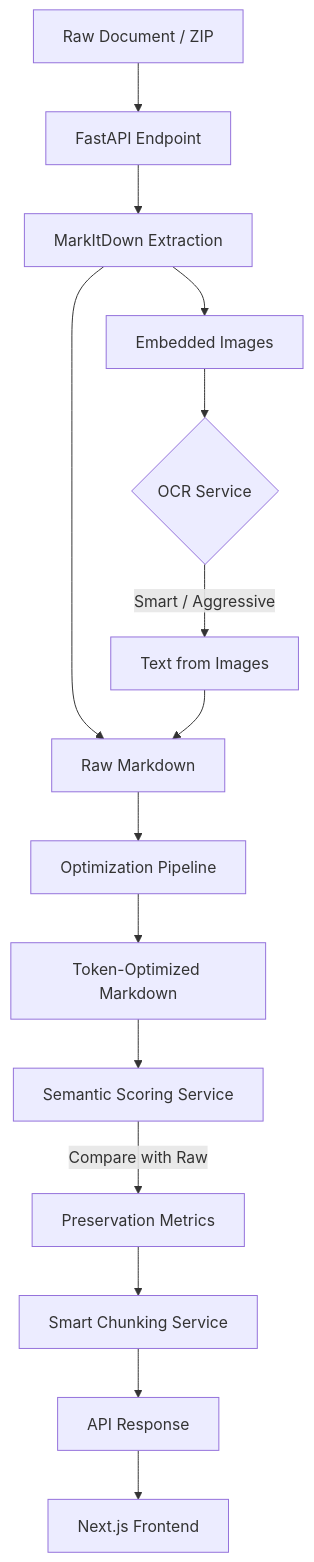
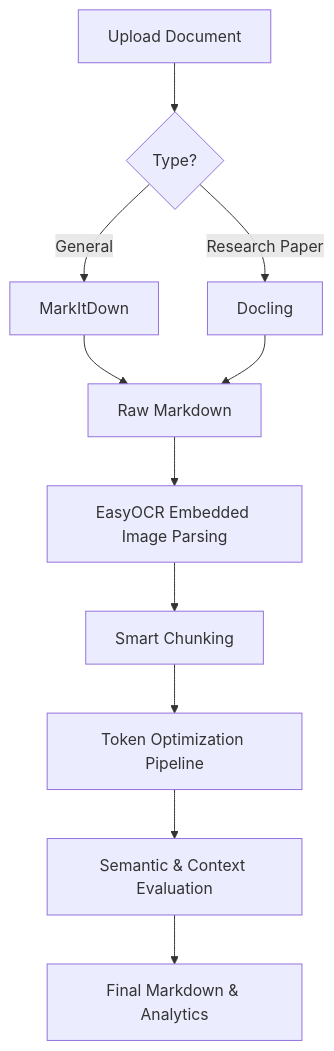
One commit to VoidCrewTech67/Mark-SaaS changed the diagram in README.md. Above: the diagram before and after it, drawn with Mermaid. The commit also changed other lines of this file and 1 other file, not shown here.

````diff
--- a/README.md
+++ b/README.md
@@ -52,17 +59,15 @@
 ```mermaid
 graph TD
-    A[Raw Document / ZIP] --> B[FastAPI Endpoint]
-    B --> C[MarkItDown Extraction]
-    C --> D[Embedded Images]
+    A[Upload Document] --> B{Type?}
+    B -->|General| C[MarkItDown]
+    B -->|Research Paper| D[Docling]
+    
     C --> E[Raw Markdown]
-    D --> F{OCR Service}
-    F --> |Smart / Aggressive| G[Text from Images]
-    G --> E
-    E --> H[Optimization Pipeline]
-    H --> I[Token-Optimized Markdown]
-    I --> J[Semantic Scoring Service]
-    J --> |Compare with Raw| K[Preservation Metrics]
-    K --> L[Smart Chunking Service]
-    L --> M[API Response]
-    M --> N[Next.js Frontend]
+    D --> E
+    
+    E --> F[EasyOCR Embedded Image Parsing]
+    F --> G[Smart Chunking]
+    G --> H[Token Optimization Pipeline]
+    H --> I[Semantic & Context Evaluation]
+    I --> J[Final Markdown & Analytics]
 ```
````
